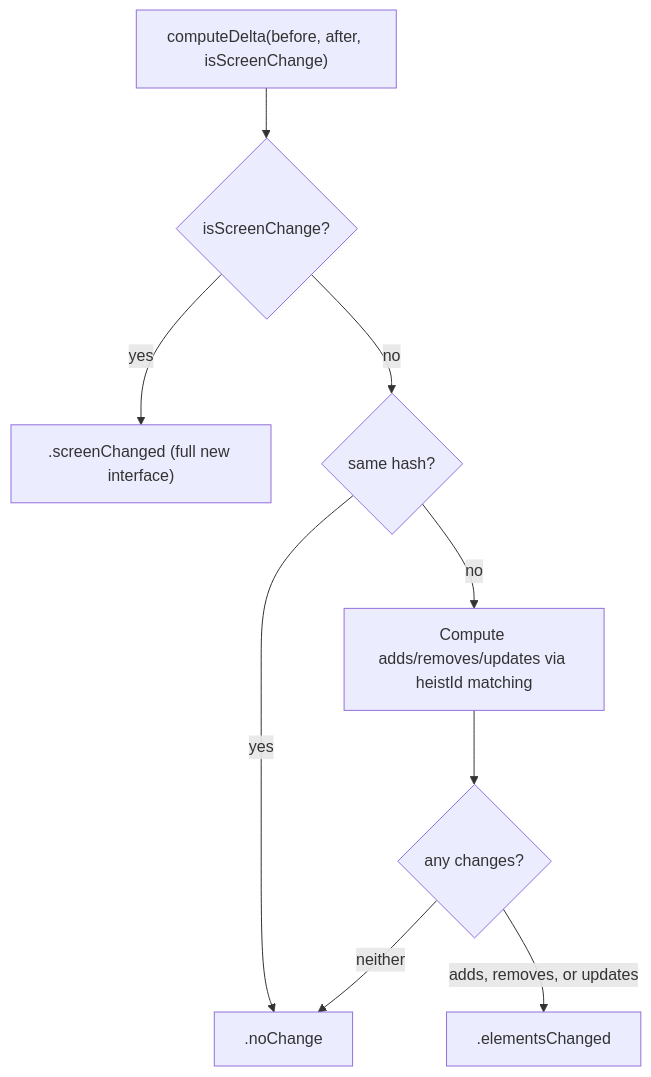
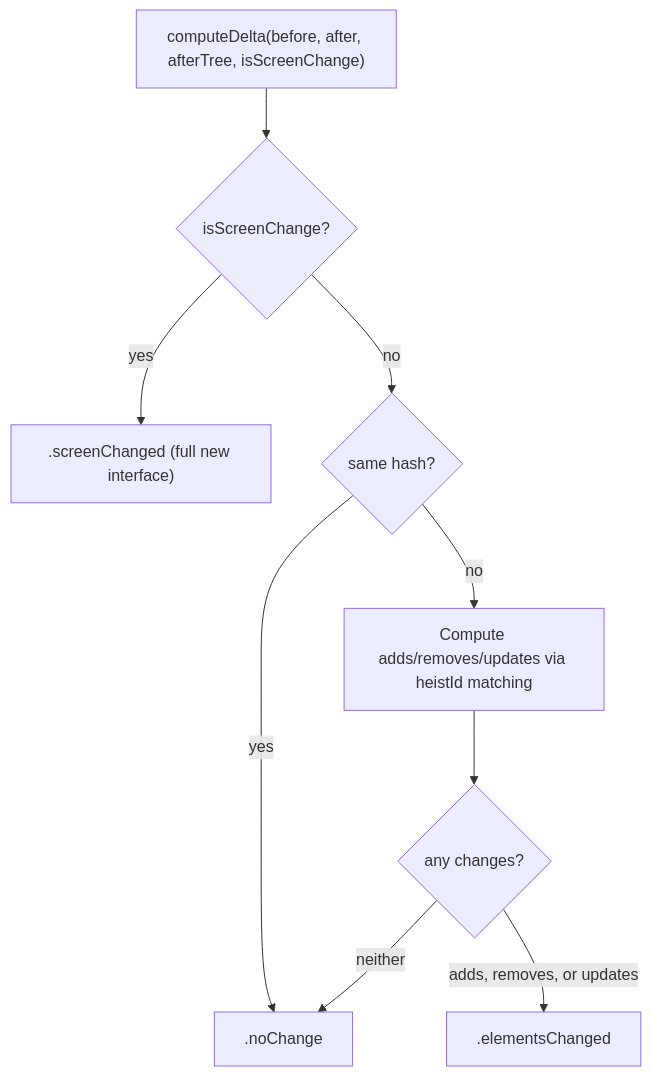
The third of 4 diagrams in docs/dossiers/13-THEBAGMAN.md (RoyalPineapple/TheButtonHeist), drawn with Mermaid before and after one commit. The commit also changed other lines of this file and 11 other files, not shown here.

````diff
--- a/docs/dossiers/13-THEBAGMAN.md
+++ b/docs/dossiers/13-THEBAGMAN.md
@@ -109,12 +109,12 @@
 ```mermaid
 flowchart TD
-    Input["computeDelta(before, after, isScreenChange)"]
+    Input["computeDelta(before, after, afterTree, isScreenChange)"]
     Input --> ScreenCheck{isScreenChange?}
     ScreenCheck -->|yes| ScreenChanged[".screenChanged (full new interface)"]
     ScreenCheck -->|no| HashCheck{same hash?}
     HashCheck -->|yes| NoChange[".noChange"]
     HashCheck -->|no| Diff["Compute adds/removes/updates via heistId matching"]
     Diff --> HasChanges{any changes?}
     HasChanges -->|adds, removes, or updates| ElementsChanged[".elementsChanged"]
     HasChanges -->|neither| NoChange
 ```
````
